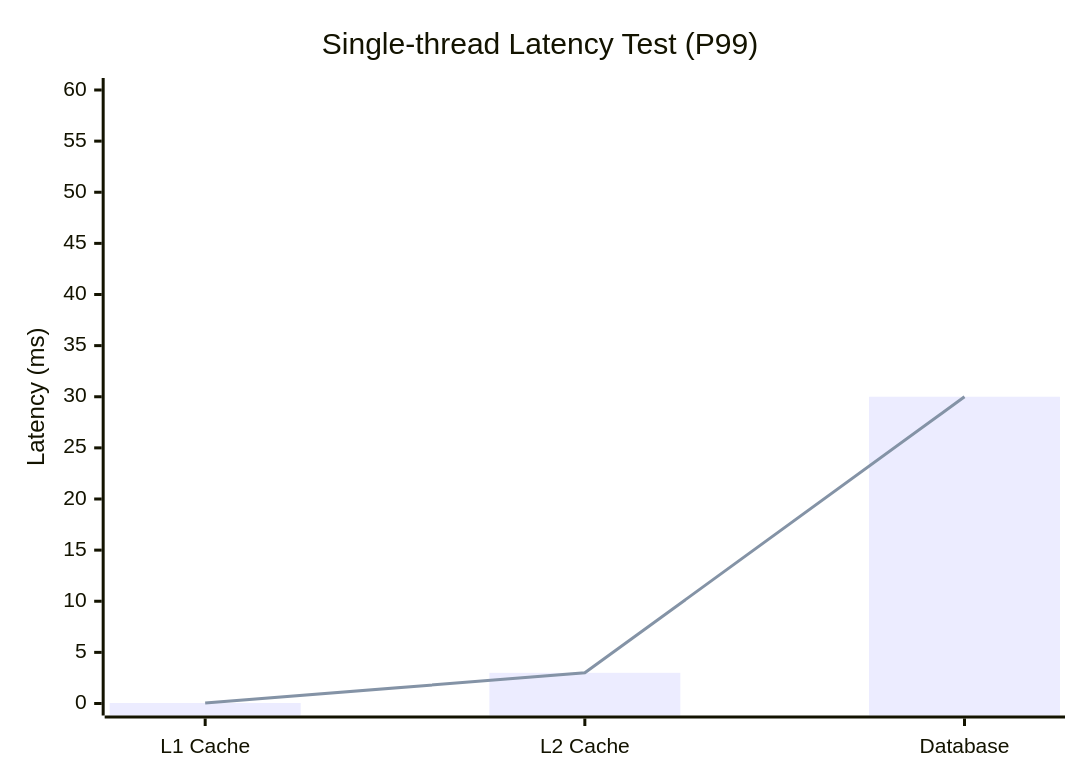
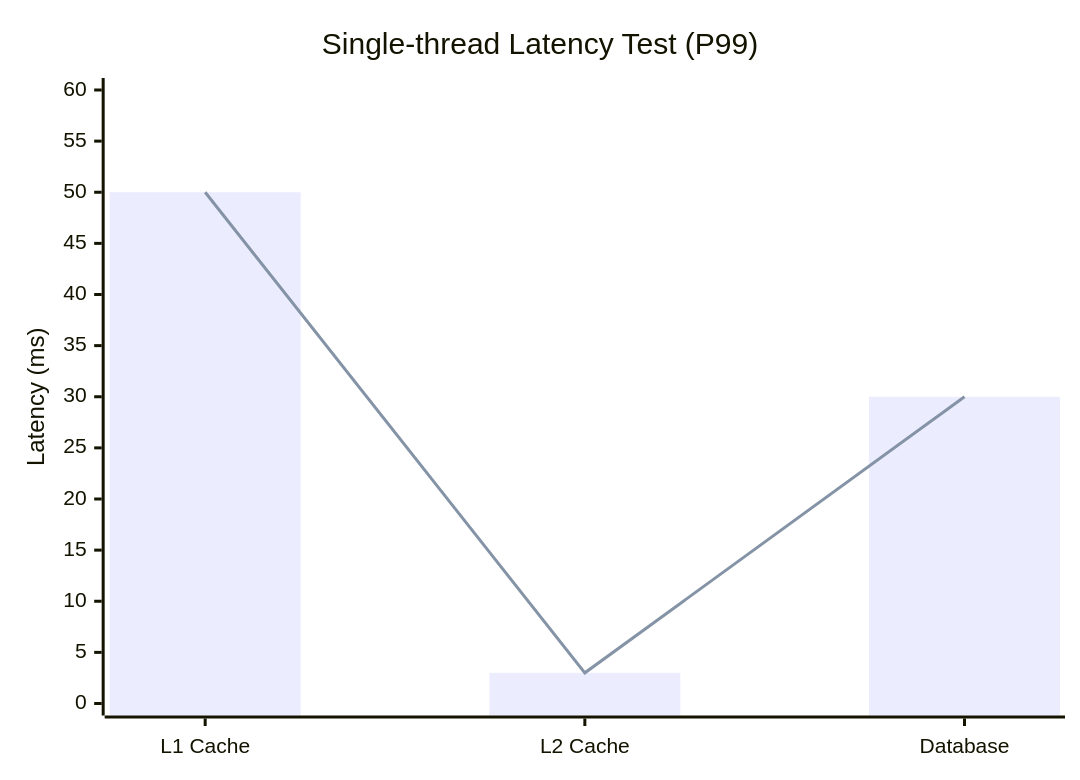
Before and after one commit to Kirky-X/oxcache: the second of 3 diagrams in README_EN.md, drawn with Mermaid. The commit also changed other lines of this file and 5 other files, not shown here.

````diff
--- a/README_EN.md
+++ b/README_EN.md
@@ -548,8 +483,8 @@
 ```mermaid
 xychart-beta
     title "Single-thread Latency Test (P99)"
     x-axis ["L1 Cache", "L2 Cache", "Database"]
     y-axis "Latency (ms)" 0 --> 60
-    bar [0.05, 3, 30]
-    line [0.05, 3, 30]
+    bar [50, 3, 30]
+    line [50, 3, 30]
 ```
````
